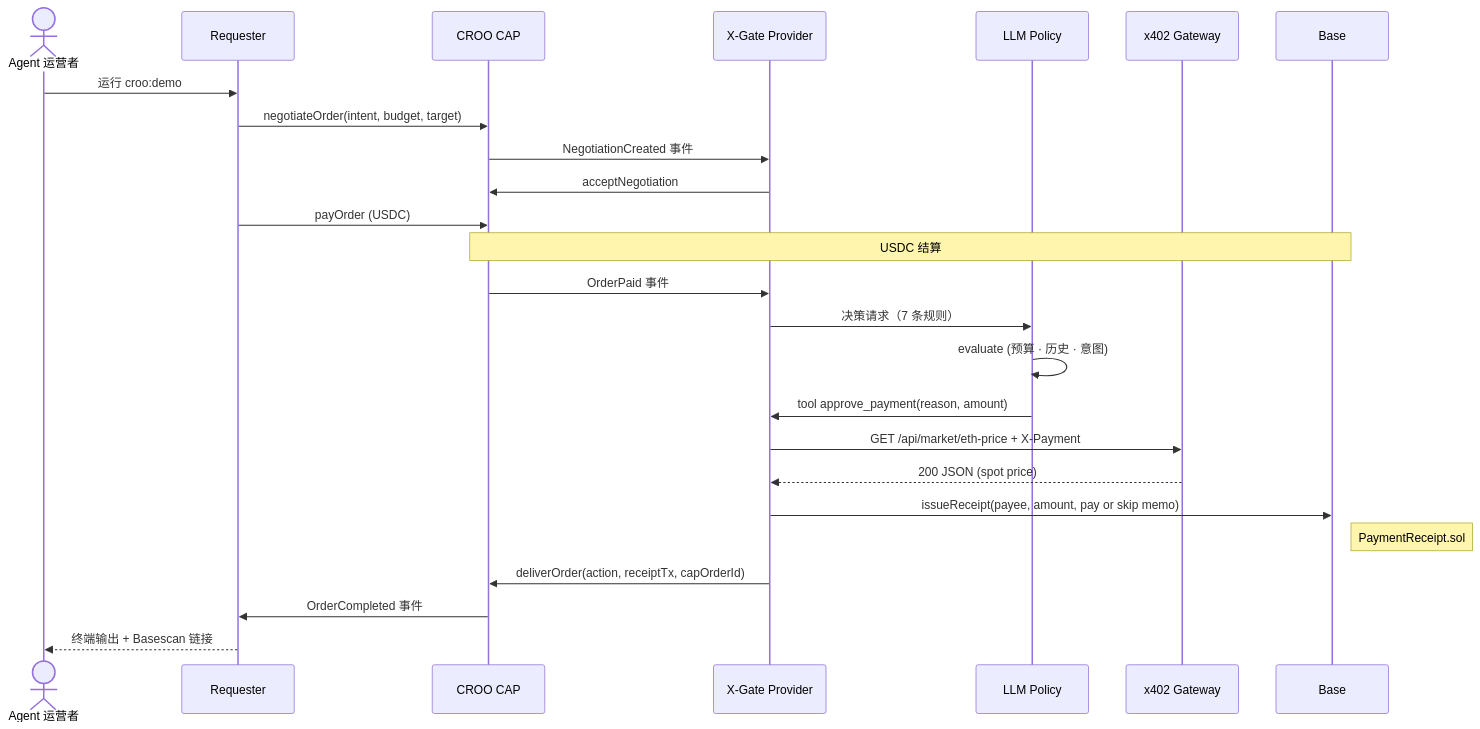
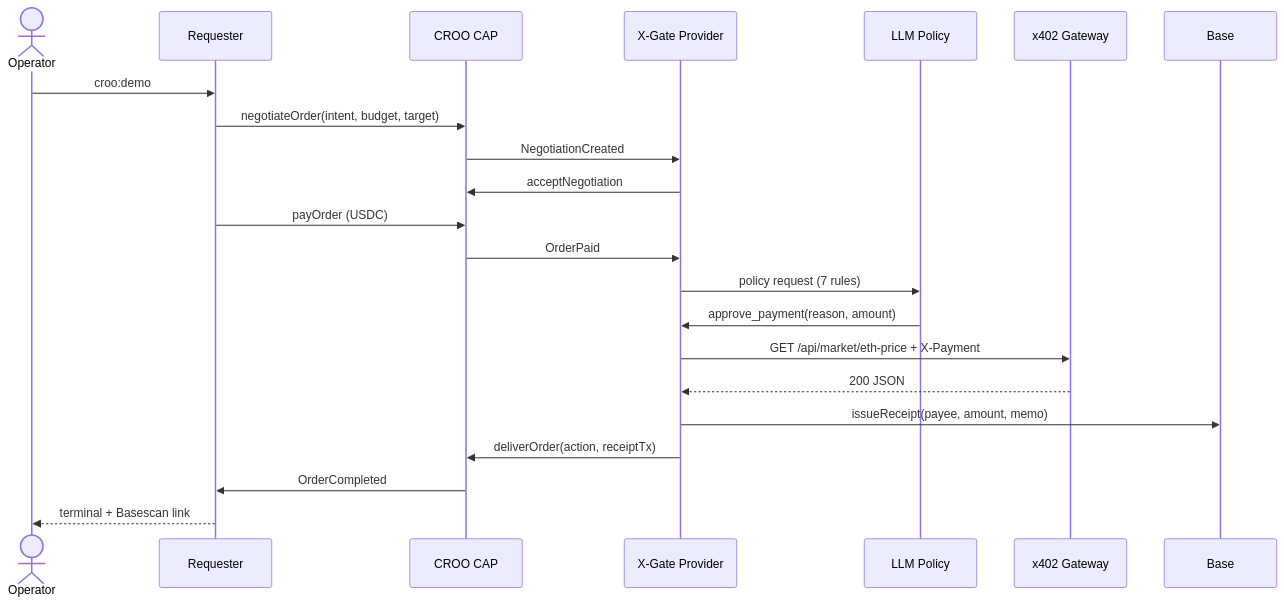
One commit to rgtang/x-gate changed the third of 3 diagrams in README.md. Above: the diagram before and after it, drawn with Mermaid. The commit also changed other lines of this file and 2 other files, not shown here.

````diff
--- a/README.md
+++ b/README.md
@@ -161,28 +139,25 @@
 ```mermaid
 sequenceDiagram
-  actor Op as Agent 运营者
+  actor Op as Operator
   participant Req as Requester
   participant CAP as CROO CAP
   participant Prov as X-Gate Provider
   participant LLM as LLM Policy
   participant GW as x402 Gateway
   participant Chain as Base
 
-  Op->>Req: 运行 croo:demo
+  Op->>Req: croo:demo
   Req->>CAP: negotiateOrder(intent, budget, target)
-  CAP->>Prov: NegotiationCreated 事件
+  CAP->>Prov: NegotiationCreated
   Prov->>CAP: acceptNegotiation
   Req->>CAP: payOrder (USDC)
-  Note over CAP,Chain: USDC 结算
-  CAP->>Prov: OrderPaid 事件
-  Prov->>LLM: 决策请求（7 条规则）
-  LLM->>LLM: evaluate (预算 · 历史 · 意图)
-  LLM->>Prov: tool approve_payment(reason, amount)
+  CAP->>Prov: OrderPaid
+  Prov->>LLM: policy request (7 rules)
+  LLM->>Prov: approve_payment(reason, amount)
   Prov->>GW: GET /api/market/eth-price + X-Payment
-  GW-->>Prov: 200 JSON (spot price)
-  Prov->>Chain: issueReceipt(payee, amount, pay or skip memo)
-  Note right of Chain: PaymentReceipt.sol
-  Prov->>CAP: deliverOrder(action, receiptTx, capOrderId)
-  CAP->>Req: OrderCompleted 事件
-  Req-->>Op: 终端输出 + Basescan 链接
+  GW-->>Prov: 200 JSON
+  Prov->>Chain: issueReceipt(payee, amount, memo)
+  Prov->>CAP: deliverOrder(action, receiptTx)
+  CAP->>Req: OrderCompleted
+  Req-->>Op: terminal + Basescan link
 ```
````
